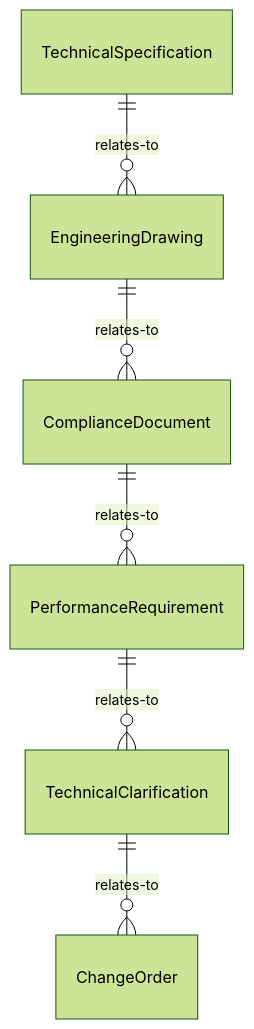
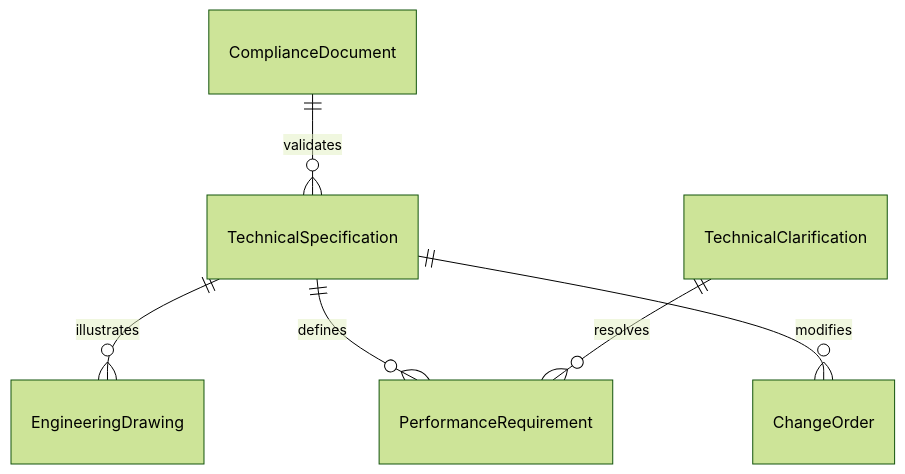
One commit to dot-org-ai/tasks.org.ai changed the first of 4 diagrams in CommunicatingWithSupervisorsPeersOrSubordinates/CoordinateActivitiesWithClientsAgenciesOrOrganizations/CommunicateTechnicalInformationSuppliersContractor.mdx. Above: the diagram before and after it, drawn with Mermaid (forest theme). The commit also changed other lines of this file and 515 other files, not shown here.

````diff
--- a/CommunicatingWithSupervisorsPeersOrSubordinates/CoordinateActivitiesWithClientsAgenciesOrOrganizations/CommunicateTechnicalInformationSuppliersContractor.mdx
+++ b/CommunicatingWithSupervisorsPeersOrSubordinates/CoordinateActivitiesWithClientsAgenciesOrOrganizations/CommunicateTechnicalInformationSuppliersContractor.mdx
@@ -89,8 +89,8 @@
 ```mermaid
 erDiagram
-    TechnicalSpecification ||--o{ EngineeringDrawing : relates-to
-    EngineeringDrawing ||--o{ ComplianceDocument : relates-to
-    ComplianceDocument ||--o{ PerformanceRequirement : relates-to
-    PerformanceRequirement ||--o{ TechnicalClarification : relates-to
-    TechnicalClarification ||--o{ ChangeOrder : relates-to
+    TechnicalSpecification ||--o{ EngineeringDrawing : illustrates
+    TechnicalSpecification ||--o{ PerformanceRequirement : defines
+    TechnicalSpecification ||--o{ ChangeOrder : modifies
+    ComplianceDocument ||--o{ TechnicalSpecification : validates
+    TechnicalClarification ||--o{ PerformanceRequirement : resolves
 ```
````
